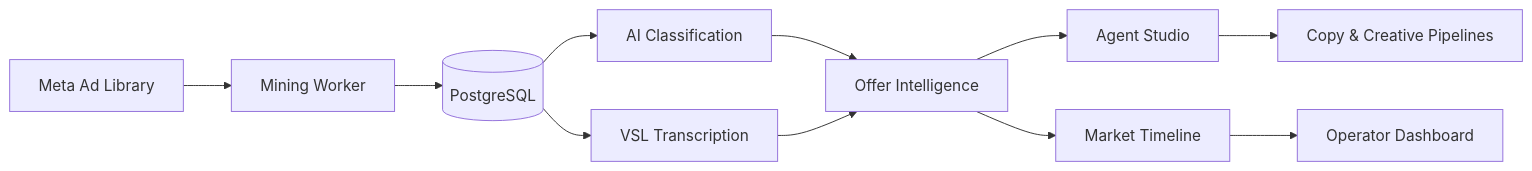
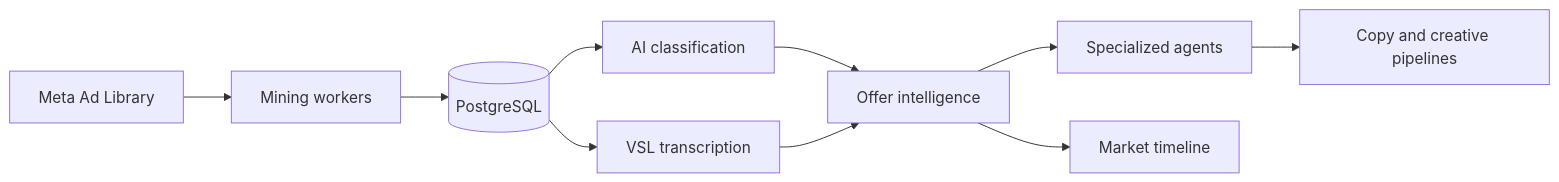
One commit to RafaellFlorindo/RafaellFlorindo changed the diagram in README.md. Above: the diagram before and after it, drawn with Mermaid. The commit also changed other lines of this file, not shown here.

````diff
--- a/README.md
+++ b/README.md
@@ -105,13 +72,12 @@
 ```mermaid
 flowchart LR
-    A[Meta Ad Library] --> B[Mining Worker]
+    A[Meta Ad Library] --> B[Mining workers]
     B --> C[(PostgreSQL)]
-    C --> D[AI Classification]
-    C --> E[VSL Transcription]
-    D --> F[Offer Intelligence]
+    C --> D[AI classification]
+    C --> E[VSL transcription]
+    D --> F[Offer intelligence]
     E --> F
-    F --> G[Agent Studio]
-    G --> H[Copy & Creative Pipelines]
-    F --> I[Market Timeline]
-    I --> J[Operator Dashboard]
+    F --> G[Specialized agents]
+    G --> H[Copy and creative pipelines]
+    F --> I[Market timeline]
 ```
````
